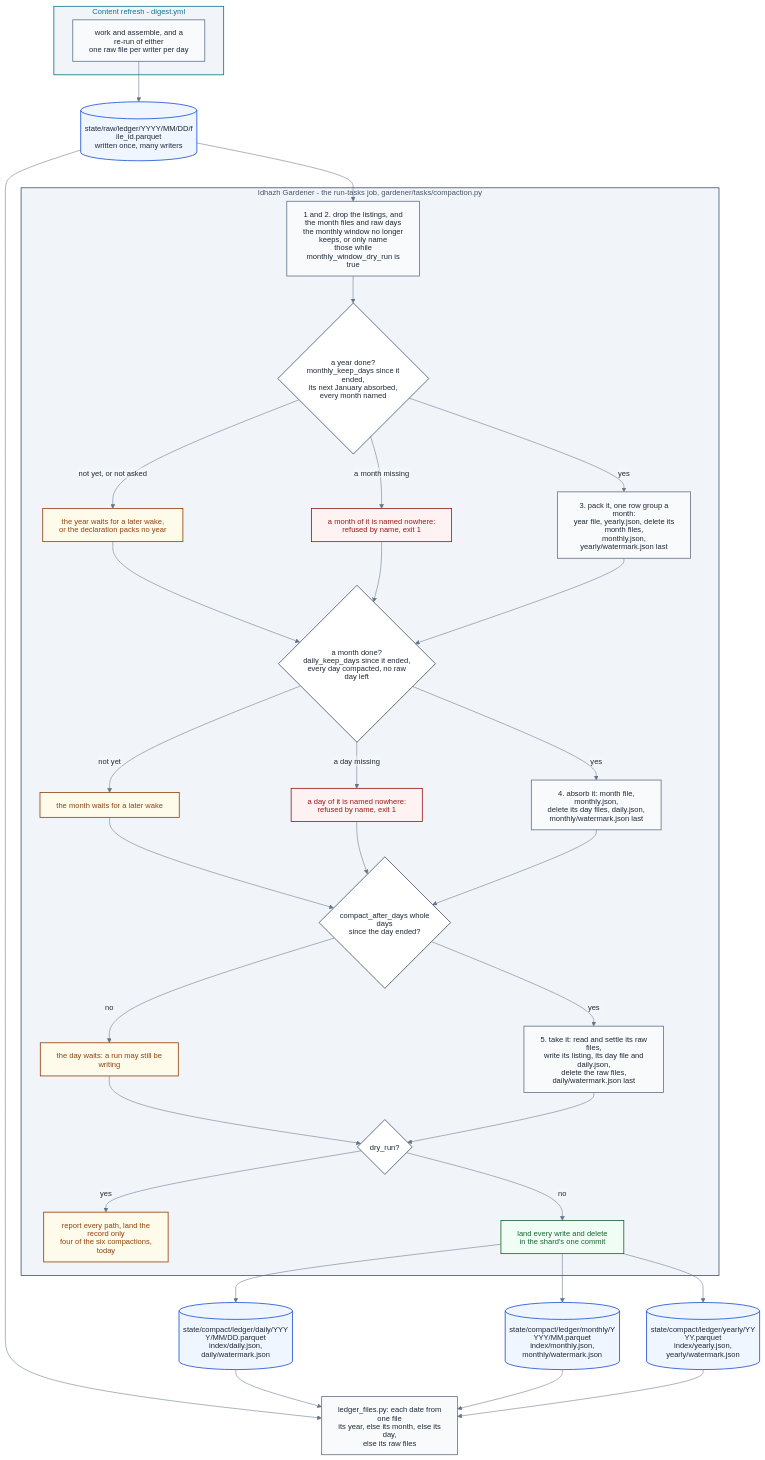
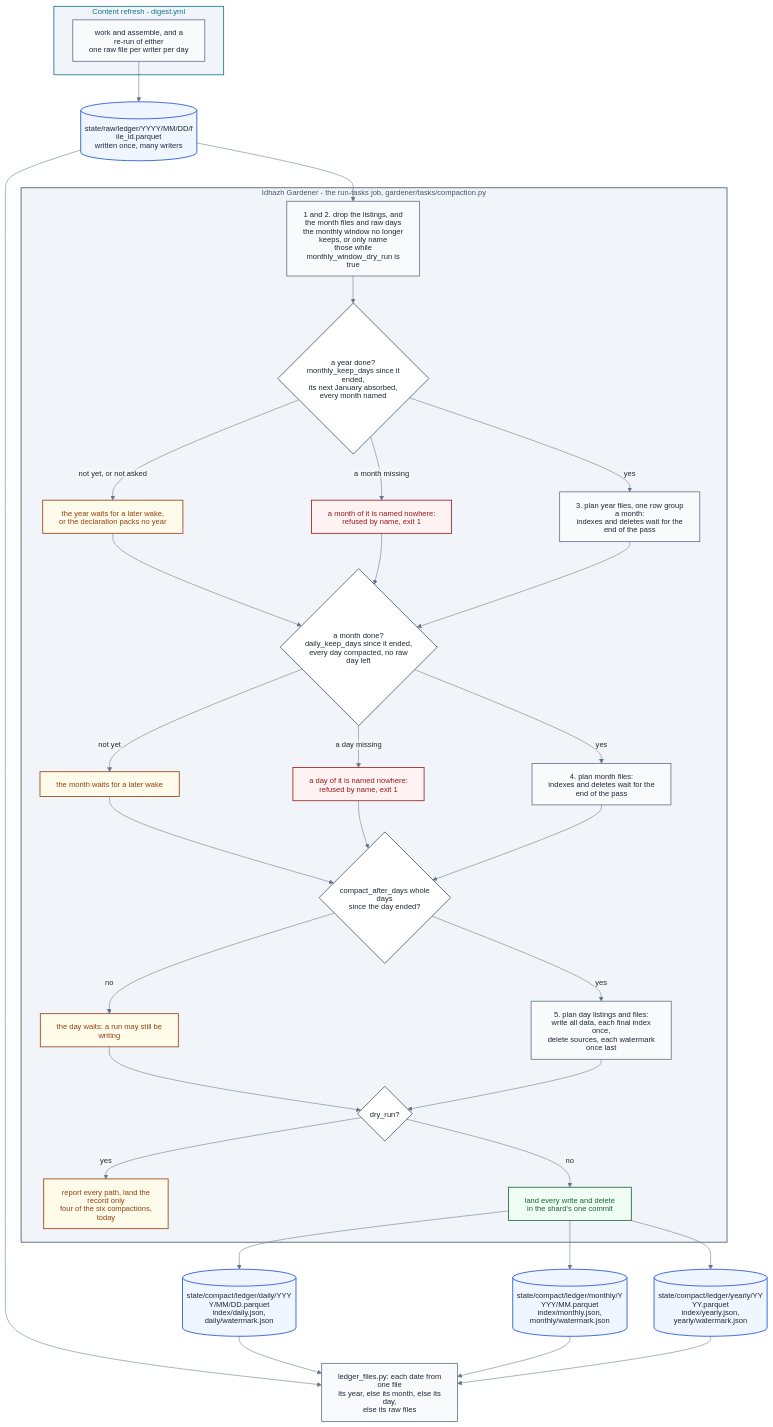
One commit to miztiik/yen-idhazh changed the second of 2 diagrams in docs/architecture/publishing/idhazh-gardener.md. Above: the diagram before and after it, drawn with Mermaid. The commit also changed other lines of this file and 15 other files, not shown here.

````diff
--- a/docs/architecture/publishing/idhazh-gardener.md
+++ b/docs/architecture/publishing/idhazh-gardener.md
@@ -405,79 +405,79 @@
 ```mermaid
 %%{init: {"theme": "base", "htmlLabels": false, "themeVariables": {"background": "#ffffff", "primaryColor": "#f8fafc", "primaryTextColor": "#1f2937", "primaryBorderColor": "#64748b", "lineColor": "#64748b", "textColor": "#1f2937", "clusterBkg": "#f1f5f9", "clusterBorder": "#64748b", "titleColor": "#1f2937", "edgeLabelBackground": "#f8fafc", "fontSize": "14px"}}}%%
 flowchart TB
   subgraph REFRESH["Content refresh - digest.yml"]
     W["work and assemble, and a re-run of either<br/>one raw file per writer per day"]
   end
 
   RAWF[("state/raw/ledger/YYYY/MM/DD/file_id.parquet<br/>written once, many writers")]
 
   subgraph GARDEN["Idhazh Gardener - the run-tasks job, gardener/tasks/compaction.py"]
     DROP["1 and 2. drop the listings, and the month files and raw days<br/>the monthly window no longer keeps, or only name<br/>those while monthly_window_dry_run is true"]
     YDONE{"a year done?<br/>monthly_keep_days since it ended,<br/>its next January absorbed, every month named"}
     YWAIT["the year waits for a later wake,<br/>or the declaration packs no year"]
     YHOLE["a month of it is named nowhere:<br/>refused by name, exit 1"]
-    PACK["3. pack it, one row group a month:<br/>year file, yearly.json, delete its month files,<br/>monthly.json, yearly/watermark.json last"]
+    PACK["3. plan year files, one row group a month:<br/>indexes and deletes wait for the end of the pass"]
     MDONE{"a month done?<br/>daily_keep_days since it ended,<br/>every day compacted, no raw day left"}
     MWAIT["the month waits for a later wake"]
     MHOLE["a day of it is named nowhere:<br/>refused by name, exit 1"]
-    ABSORB["4. absorb it: month file, monthly.json,<br/>delete its day files, daily.json,<br/>monthly/watermark.json last"]
+    ABSORB["4. plan month files:<br/>indexes and deletes wait for the end of the pass"]
     DDUE{"compact_after_days whole days<br/>since the day ended?"}
     DHOLD["the day waits: a run may still be writing"]
-    TAKE["5. take it: read and settle its raw files,<br/>write its listing, its day file and daily.json,<br/>delete the raw files, daily/watermark.json last"]
+    TAKE["5. plan day listings and files:<br/>write all data, each final index once,<br/>delete sources, each watermark once last"]
     DRY{"dry_run?"}
     REPORT["report every path, land the record only<br/>four of the six compactions, today"]
     LAND["land every write and delete<br/>in the shard's one commit"]
   end
 
   DAILY[("state/compact/ledger/daily/YYYY/MM/DD.parquet<br/>index/daily.json, daily/watermark.json")]
   MONTHLY[("state/compact/ledger/monthly/YYYY/MM.parquet<br/>index/monthly.json, monthly/watermark.json")]
   YEARLY[("state/compact/ledger/yearly/YYYY.parquet<br/>index/yearly.json, yearly/watermark.json")]
   READER["ledger_files.py: each date from one file<br/>its year, else its month, else its day,<br/>else its raw files"]
 
   W --> RAWF
   RAWF --> DROP
   DROP --> YDONE
   YDONE -->|"not yet, or not asked"| YWAIT
   YDONE -->|"a month missing"| YHOLE
   YDONE -->|"yes"| PACK
   YWAIT --> MDONE
   YHOLE --> MDONE
   PACK --> MDONE
   MDONE -->|"not yet"| MWAIT
   MDONE -->|"a day missing"| MHOLE
   MDONE -->|"yes"| ABSORB
   MWAIT --> DDUE
   MHOLE --> DDUE
   ABSORB --> DDUE
   DDUE -->|"no"| DHOLD
   DDUE -->|"yes"| TAKE
   DHOLD --> DRY
   TAKE --> DRY
   DRY -->|"yes"| REPORT
   DRY -->|"no"| LAND
   LAND --> DAILY
   LAND --> MONTHLY
   LAND --> YEARLY
   RAWF --> READER
   DAILY --> READER
   MONTHLY --> READER
   YEARLY --> READER
 
   classDef stage fill:#f8fafc,stroke:#64748b,stroke-width:1.5px,color:#1f2937;
   classDef decision fill:#ffffff,stroke:#475569,stroke-width:1.5px,color:#1f2937;
   classDef yes fill:#f0fdf4,stroke:#166534,stroke-width:1.5px,color:#166534;
   classDef no fill:#fef2f2,stroke:#991b1b,stroke-width:1.5px,color:#991b1b;
   classDef warn fill:#fffbeb,stroke:#92400e,stroke-width:1.5px,color:#92400e;
   classDef ledger fill:#eff6ff,stroke:#1d4ed8,stroke-width:1.5px,color:#1f2937;
   classDef sysOps fill:#f1f5f9,stroke:#475569,stroke-width:1.5px,color:#475569;
   classDef sysPublish fill:#f1f5f9,stroke:#0e7490,stroke-width:1.5px,color:#0e7490;
 
   class W,DROP,PACK,ABSORB,TAKE,READER stage;
   class YDONE,MDONE,DDUE,DRY decision;
   class LAND yes;
   class YHOLE,MHOLE no;
   class YWAIT,MWAIT,DHOLD,REPORT warn;
   class RAWF,DAILY,MONTHLY,YEARLY ledger;
   class REFRESH sysPublish;
   class GARDEN sysOps;
 ```
````
